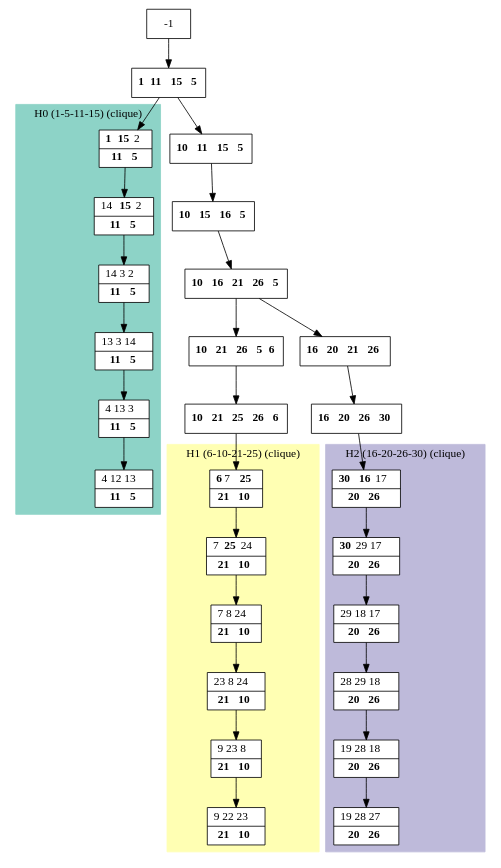
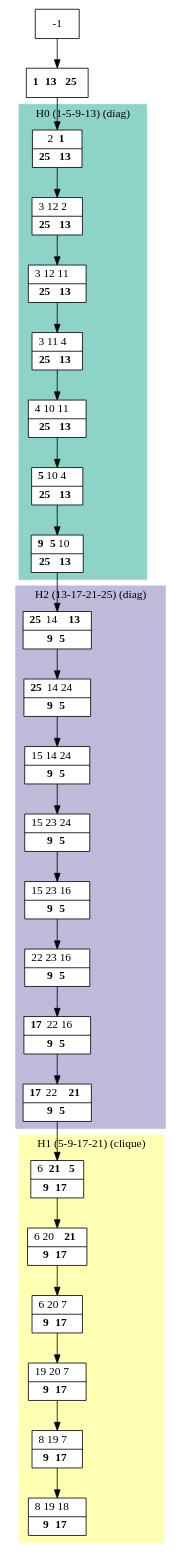
One commit to bmarchand/auto-dp changed the diagram in results/dot_files/processed_K.dot. Above: the diagram before and after it, drawn with Graphviz. The commit also changed 188 other files, not shown here.

```diff
--- a/results/dot_files/processed_K.dot
+++ b/results/dot_files/processed_K.dot
@@ -1,64 +1,53 @@
 digraph G {
     node [shape=box];
     subgraph cluster0 {
         node [style=filled,fillcolor=white];
         labeljust="l";
         style=filled;
         color="#8DD3C7";
-        H0_0 -> H0_1 -> H0_2 -> H0_3 -> H0_4 -> H0_5;
-        label="H0 (1-5-11-15) (clique)";
+        H0_0 -> H0_1 -> H0_3 -> H0_4 -> H0_5 -> H0_6 -> H0_7;
+        label="H0 (1-5-9-13) (diag)";
     }
     subgraph cluster1 {
         node [style=filled,fillcolor=white];
         labeljust="l";
         style=filled;
         color="#FFFFB3";
         H1_0 -> H1_1 -> H1_2 -> H1_3 -> H1_4 -> H1_5;
-        label="H1 (6-10-21-25) (clique)";
+        label="H1 (5-9-17-21) (clique)";
     }
     subgraph cluster2 {
         node [style=filled,fillcolor=white];
         labeljust="l";
         style=filled;
         color="#BEBADA";
-        H2_0 -> H2_1 -> H2_2 -> H2_3 -> H2_4 -> H2_5;
-        label="H2 (16-20-26-30) (clique)";
+        H2_0 -> H2_1 -> H2_2 -> H2_3 -> H2_4 -> H2_5 -> H2_6 -> H2_7;
+        label="H2 (13-17-21-25) (diag)";
     }
-     1 [shape=record,label= <{ <b>1</b> <b>11</b> <b>15</b> <b>5</b>}> ];
+     1 [shape=record,label= <{ <b>1</b> <b>13</b> <b>25</b>}> ];
      -1  ->  1;
-     H0_0 [shape=record,label= <{ <b>1</b> <b>15</b> 2|  <b>11</b> <b>5</b>}> ];
+     H0_0 [shape=record,label= <{ 2 <b>1</b>|  <b>25</b> <b>13</b>}> ];
      1  ->  H0_0;
-     H0_1 [shape=record,label= <{ 14 <b>15</b> 2|  <b>11</b> <b>5</b>}> ];
-     H0_2 [shape=record,label= <{ 14 3 2|  <b>11</b> <b>5</b>}> ];
-     H0_3 [shape=record,label= <{ 13 3 14|  <b>11</b> <b>5</b>}> ];
-     H0_4 [shape=record,label= <{ 4 13 3|  <b>11</b> <b>5</b>}> ];
-     H0_5 [shape=record,label= <{ 4 12 13|  <b>11</b> <b>5</b>}> ];
-     18 [shape=record,label= <{ <b>10</b> <b>11</b> <b>15</b> <b>5</b>}> ];
-     1  ->  18;
-     17 [shape=record,label= <{ <b>10</b> <b>15</b> <b>16</b> <b>5</b>}> ];
-     18  ->  17;
-     16 [shape=record,label= <{ <b>10</b> <b>16</b> <b>21</b> <b>26</b> <b>5</b>}> ];
-     17  ->  16;
-     9 [shape=record,label= <{ <b>10</b> <b>21</b> <b>26</b> <b>5</b> <b>6</b>}> ];
-     16  ->  9;
-     11 [shape=record,label= <{ <b>10</b> <b>21</b> <b>25</b> <b>26</b> <b>6</b>}> ];
-     9  ->  11;
-     H1_0 [shape=record,label= <{ <b>6</b> 7 <b>25</b>|  <b>21</b> <b>10</b>}> ];
-     11  ->  H1_0;
-     H1_1 [shape=record,label= <{ 7 <b>25</b> 24|  <b>21</b> <b>10</b>}> ];
-     H1_2 [shape=record,label= <{ 7 8 24|  <b>21</b> <b>10</b>}> ];
-     H1_3 [shape=record,label= <{ 23 8 24|  <b>21</b> <b>10</b>}> ];
-     H1_4 [shape=record,label= <{ 9 23 8|  <b>21</b> <b>10</b>}> ];
-     H1_5 [shape=record,label= <{ 9 22 23|  <b>21</b> <b>10</b>}> ];
-     20 [shape=record,label= <{ <b>16</b> <b>20</b> <b>21</b> <b>26</b>}> ];
-     16  ->  20;
-     22 [shape=record,label= <{ <b>16</b> <b>20</b> <b>26</b> <b>30</b>}> ];
-     20  ->  22;
-     H2_0 [shape=record,label= <{ <b>30</b> <b>16</b> 17|  <b>20</b> <b>26</b>}> ];
-     22  ->  H2_0;
-     H2_1 [shape=record,label= <{ <b>30</b> 29 17|  <b>20</b> <b>26</b>}> ];
-     H2_2 [shape=record,label= <{ 29 18 17|  <b>20</b> <b>26</b>}> ];
-     H2_3 [shape=record,label= <{ 28 29 18|  <b>20</b> <b>26</b>}> ];
-     H2_4 [shape=record,label= <{ 19 28 18|  <b>20</b> <b>26</b>}> ];
-     H2_5 [shape=record,label= <{ 19 28 27|  <b>20</b> <b>26</b>}> ];
+     H0_1 [shape=record,label= <{ 3 12 2|  <b>25</b> <b>13</b>}> ];
+     H0_3 [shape=record,label= <{ 3 12 11|  <b>25</b> <b>13</b>}> ];
+     H0_4 [shape=record,label= <{ 3 11 4|  <b>25</b> <b>13</b>}> ];
+     H0_5 [shape=record,label= <{ 4 10 11|  <b>25</b> <b>13</b>}> ];
+     H0_6 [shape=record,label= <{ <b>5</b> 10 4|  <b>25</b> <b>13</b>}> ];
+     H0_7 [shape=record,label= <{ <b>9</b> <b>5</b> 10|  <b>25</b> <b>13</b>}> ];
+     H2_0 [shape=record,label= <{ <b>25</b> 14 <b>13</b>|  <b>9</b> <b>5</b>}> ];
+     H0_7  ->  H2_0;
+     H2_1 [shape=record,label= <{ <b>25</b> 14 24|  <b>9</b> <b>5</b>}> ];
+     H2_2 [shape=record,label= <{ 15 14 24|  <b>9</b> <b>5</b>}> ];
+     H2_3 [shape=record,label= <{ 15 23 24|  <b>9</b> <b>5</b>}> ];
+     H2_4 [shape=record,label= <{ 15 23 16|  <b>9</b> <b>5</b>}> ];
+     H2_5 [shape=record,label= <{ 22 23 16|  <b>9</b> <b>5</b>}> ];
+     H2_6 [shape=record,label= <{ <b>17</b> 22 16|  <b>9</b> <b>5</b>}> ];
+     H2_7 [shape=record,label= <{ <b>17</b> 22 <b>21</b>|  <b>9</b> <b>5</b>}> ];
+     H1_0 [shape=record,label= <{ 6 <b>21</b> <b>5</b>|  <b>9</b> <b>17</b>}> ];
+     H2_7  ->  H1_0;
+     H1_1 [shape=record,label= <{ 6 20 <b>21</b>|  <b>9</b> <b>17</b>}> ];
+     H1_2 [shape=record,label= <{ 6 20 7|  <b>9</b> <b>17</b>}> ];
+     H1_3 [shape=record,label= <{ 19 20 7|  <b>9</b> <b>17</b>}> ];
+     H1_4 [shape=record,label= <{ 8 19 7|  <b>9</b> <b>17</b>}> ];
+     H1_5 [shape=record,label= <{ 8 19 18|  <b>9</b> <b>17</b>}> ];
 }
```
